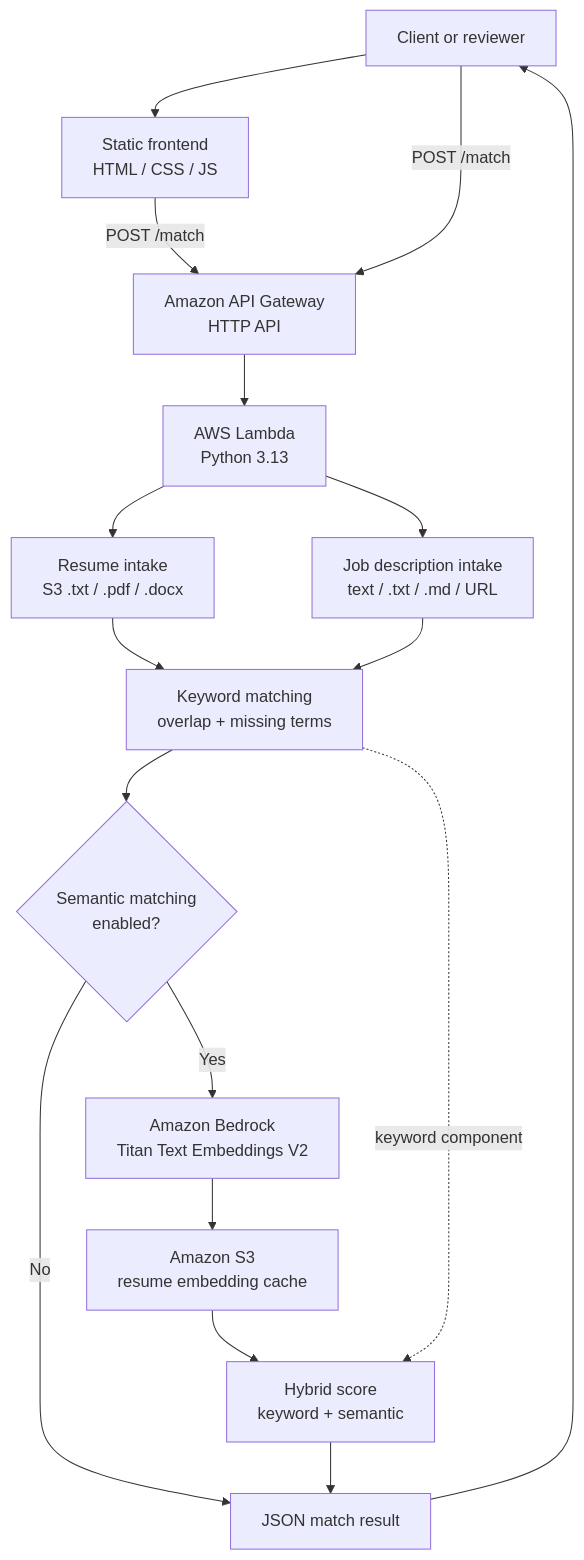
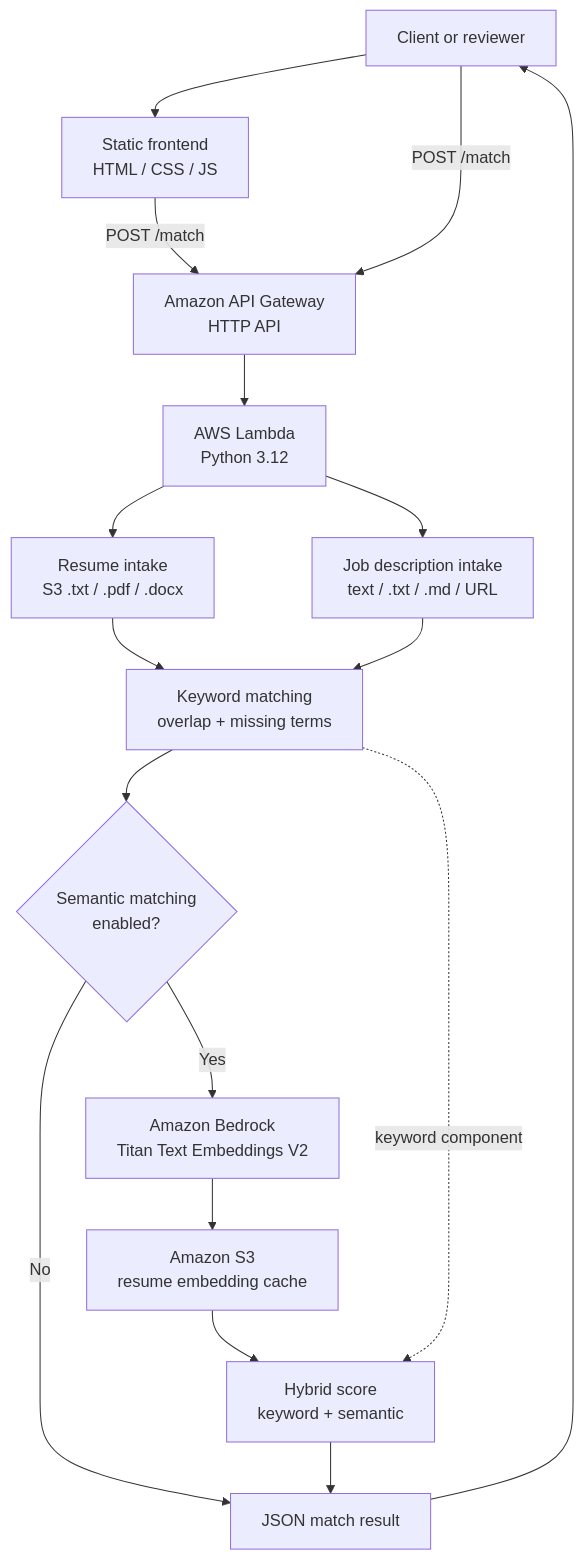
One commit to jon-innnput/aws-resume-matcher changed the first of 2 diagrams in README.md. Above: the diagram before and after it, drawn with Mermaid. The commit also changed other lines of this file and 2 other files, not shown here.

Commit message:
Align runtime documentation and investigate legacy Lambda

````diff
--- a/README.md
+++ b/README.md
@@ -46,21 +46,21 @@
 ```mermaid
 flowchart TD
     User["Client or reviewer"] --> Frontend["Static frontend<br/>HTML / CSS / JS"]
     Frontend -->|"POST /match"| Api["Amazon API Gateway<br/>HTTP API"]
     User -->|"POST /match"| Api
-    Api --> Lambda["AWS Lambda<br/>Python 3.13"]
+    Api --> Lambda["AWS Lambda<br/>Python 3.12"]
 
     Lambda --> ResumeInput["Resume intake<br/>S3 .txt / .pdf / .docx"]
     Lambda --> JobInput["Job description intake<br/>text / .txt / .md / URL"]
     ResumeInput --> Keyword["Keyword matching<br/>overlap + missing terms"]
     JobInput --> Keyword
     Keyword --> Semantic{"Semantic matching<br/>enabled?"}
 
     Semantic -->|"No"| Result["JSON match result"]
     Semantic -->|"Yes"| Bedrock["Amazon Bedrock<br/>Titan Text Embeddings V2"]
     Bedrock --> Cache["Amazon S3<br/>resume embedding cache"]
     Cache --> Hybrid["Hybrid score<br/>keyword + semantic"]
     Keyword -. "keyword component" .-> Hybrid
     Hybrid --> Result
     Result --> User
 ```
````
